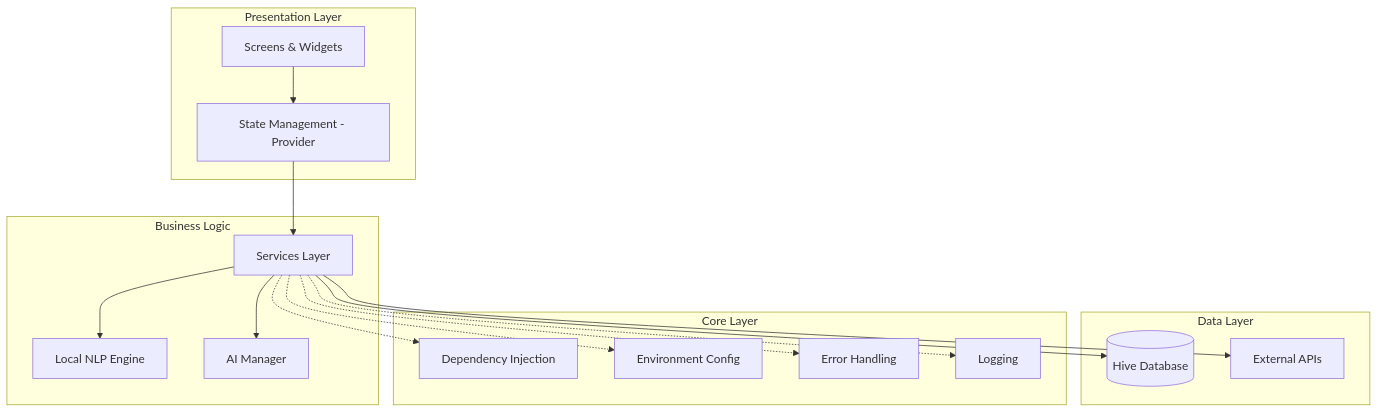
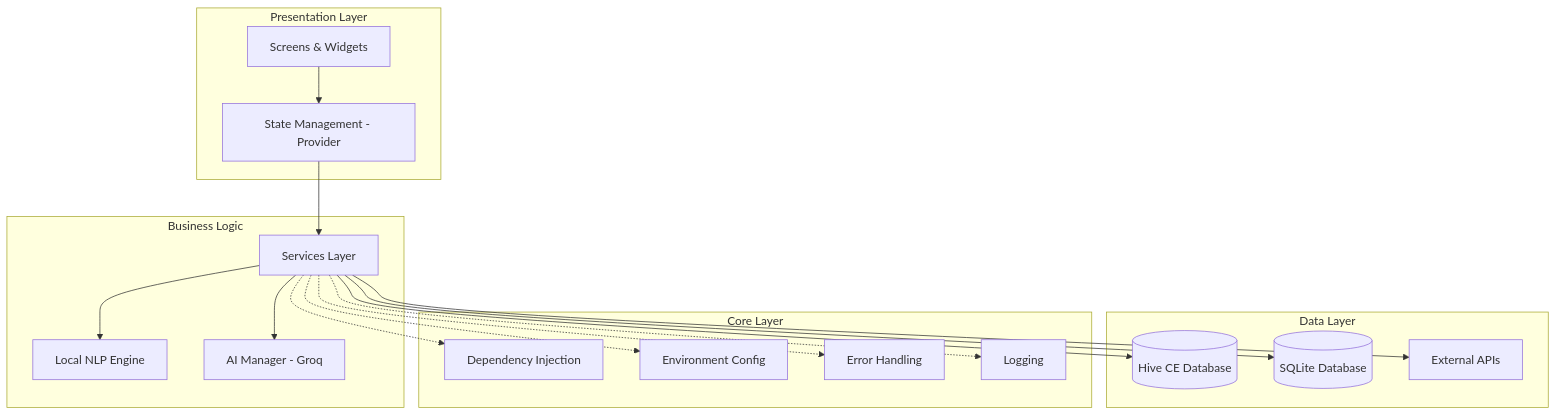
One commit to devabynk/PulseAssist-Personal-Smart-Assistant changed the second of 2 diagrams in README.md. Above: the diagram before and after it, drawn with Mermaid. The commit also changed other lines of this file and 3 other files, not shown here.

````diff
--- a/README.md
+++ b/README.md
@@ -117,37 +142,39 @@
 ```mermaid
 graph TB
     subgraph "Presentation Layer"
         UI[Screens & Widgets]
         Providers[State Management - Provider]
     end
     
     subgraph "Business Logic"
         Services[Services Layer]
         NLP[Local NLP Engine]
-        AI[AI Manager]
+        AI[AI Manager - Groq]
     end
     
     subgraph "Data Layer"
-        DB[(Hive Database)]
+        HiveDB[(Hive CE Database)]
+        SQLite[(SQLite Database)]
         APIs[External APIs]
     end
     
     subgraph "Core Layer"
         DI[Dependency Injection]
         Config[Environment Config]
         Error[Error Handling]
         Logging[Logging]
     end
     
     UI --> Providers
     Providers --> Services
     Services --> NLP
     Services --> AI
-    Services --> DB
+    Services --> HiveDB
+    Services --> SQLite
     Services --> APIs
     
     Services -.-> DI
     Services -.-> Config
     Services -.-> Error
     Services -.-> Logging
 ```
````
